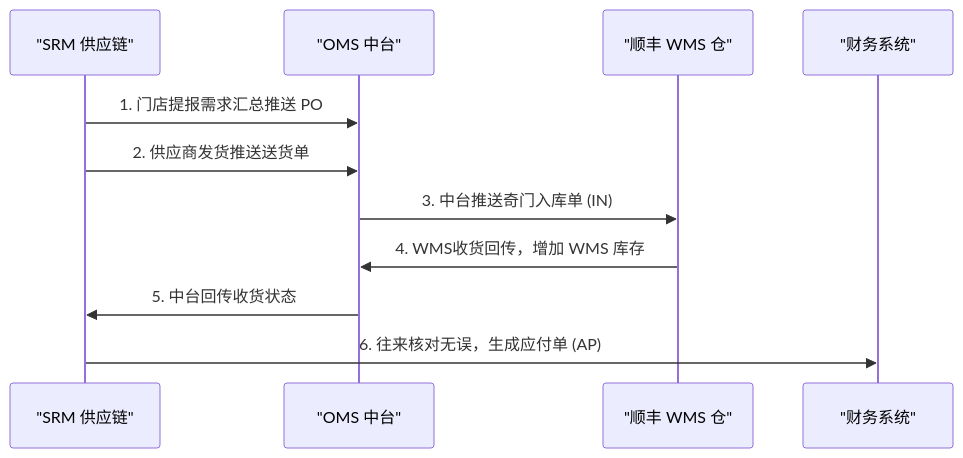
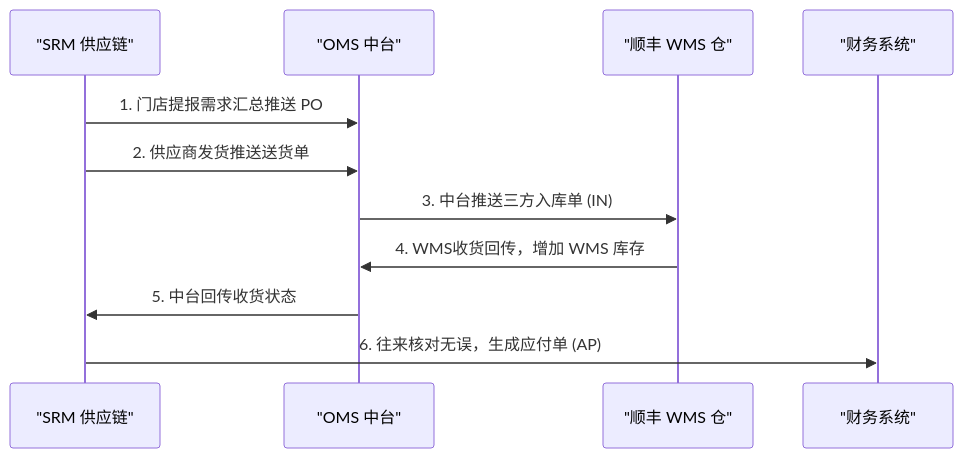
The third of 5 diagrams in README.md (LOSKING/oms-demo), drawn with Mermaid before and after one commit. The commit also changed other lines of this file and 2 other files, not shown here.

````diff
--- a/README.md
+++ b/README.md
@@ -85,13 +85,13 @@
 ```mermaid
 sequenceDiagram
     participant SRM as "SRM 供应链"
     participant OMS as "OMS 中台"
     participant WMS as "顺丰 WMS 仓"
     participant Fin as "财务系统"
     SRM->>OMS: 1. 门店提报需求汇总推送 PO
     SRM->>OMS: 2. 供应商发货推送送货单
-    OMS->>WMS: 3. 中台推送奇门入库单 (IN)
+    OMS->>WMS: 3. 中台推送三方入库单 (IN)
     WMS->>OMS: 4. WMS收货回传，增加 WMS 库存
     OMS->>SRM: 5. 中台回传收货状态
     SRM->>Fin: 6. 往来核对无误，生成应付单 (AP)
 ```
````
